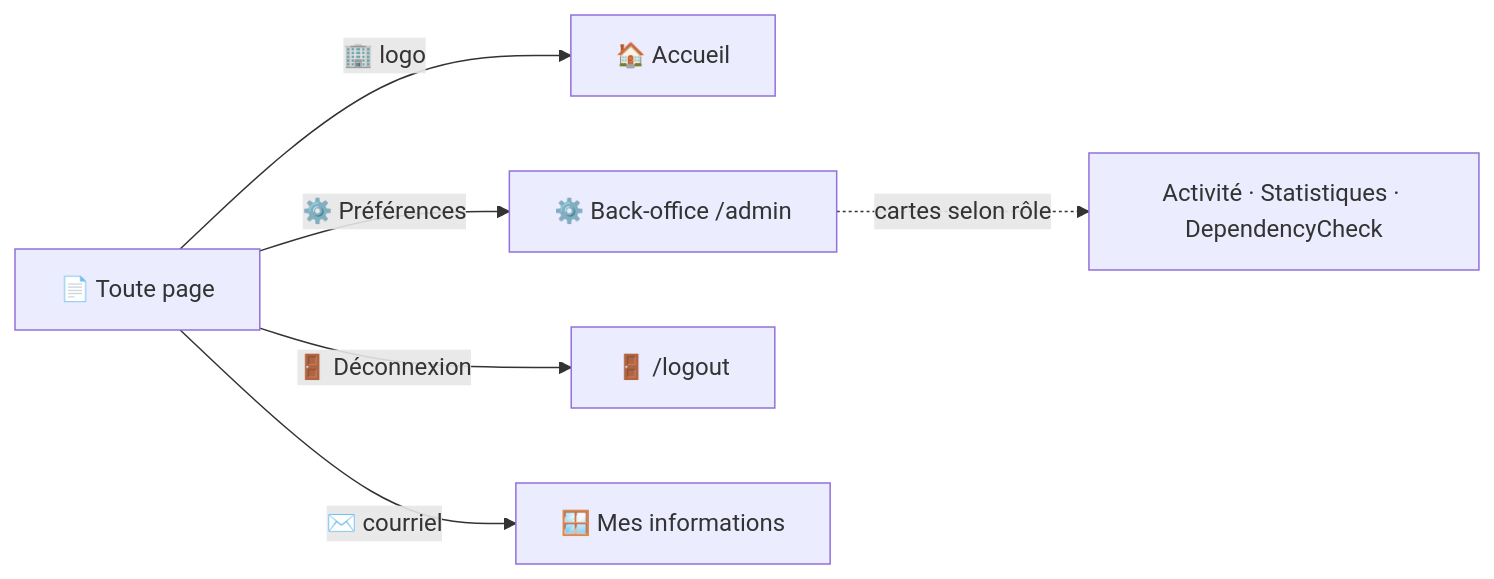
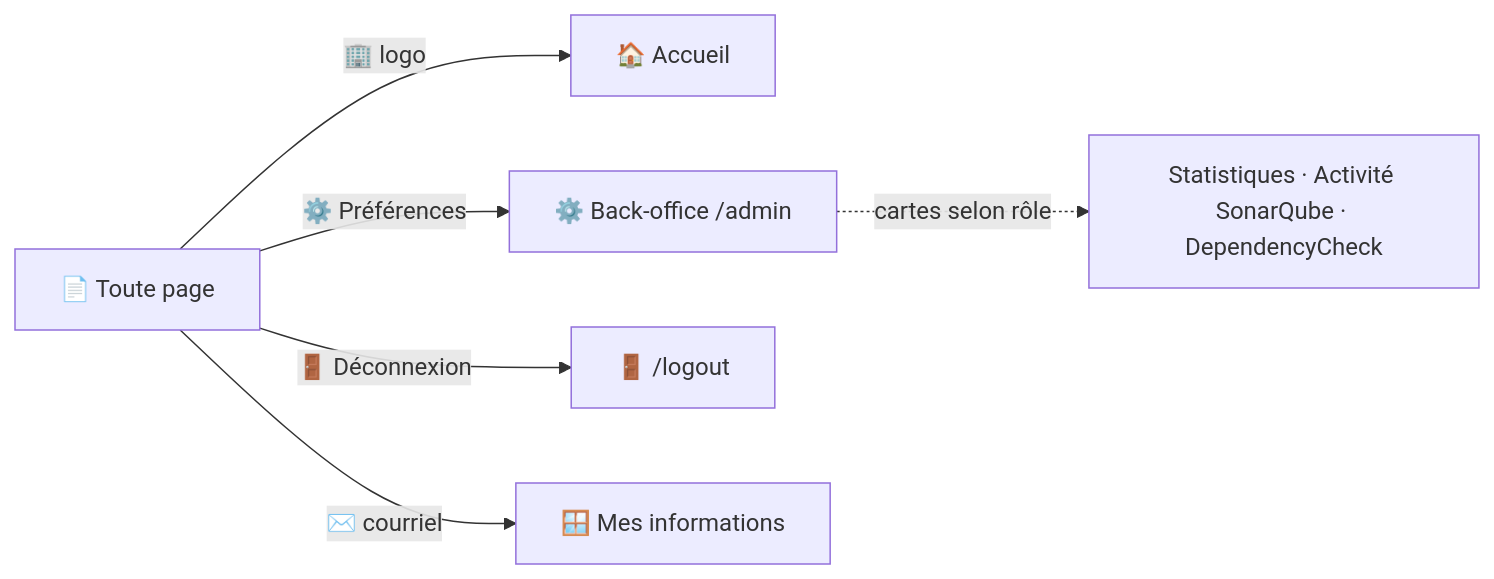
One commit to Laurent-hadjadj/ma-moulinette changed the first of 2 diagrams in mkDocs/docs/ma-moulinette/application/accueil.md. Above: the diagram before and after it, drawn with Mermaid. The commit also changed other lines of this file, not shown here.

````diff
--- a/mkDocs/docs/ma-moulinette/application/accueil.md
+++ b/mkDocs/docs/ma-moulinette/application/accueil.md
@@ -12,8 +12,8 @@
 ```mermaid
 flowchart LR
     Page[📄 Toute page] -->|"🏢 logo"| Home[🏠 Accueil]
     Page -->|"⚙️ Préférences"| Admin[⚙️ Back-office /admin]
     Page -->|"🚪 Déconnexion"| Logout[🚪 /logout]
     Page -->|"✉️ courriel"| ModalUser[🪟 Mes informations]
-    Admin -.->|"cartes selon rôle"| Autres[Activité · Statistiques · DependencyCheck]
+    Admin -.->|"cartes selon rôle"| Autres[Statistiques · Activité SonarQube · DependencyCheck]
 ```
````
